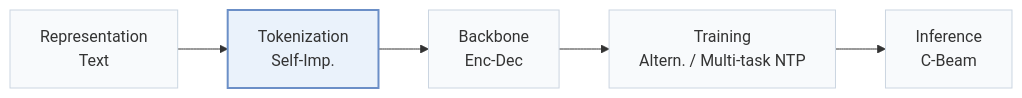
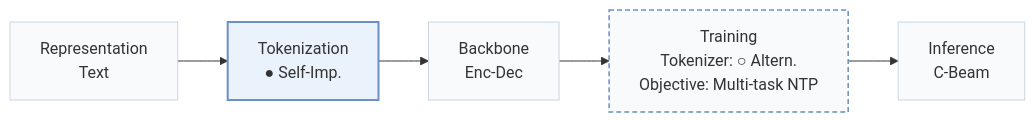
One commit to Galaxy-ghost/Awesome-SID-Generative-Rec changed the first of 2 diagrams in pages/papers/siit.md. Above: the diagram before and after it, drawn with Mermaid. The commit also changed other lines of this file and 558 other files, not shown here.

````diff
--- a/pages/papers/siit.md
+++ b/pages/papers/siit.md
@@ -15,8 +18,10 @@
 ```mermaid
 flowchart LR
-    R["Representation<br/>Text"] --> T["Tokenization<br/>Self-Imp."] --> B["Backbone<br/>Enc-Dec"] --> TR["Training<br/>Altern. / Multi-task NTP"] --> I["Inference<br/>C-Beam"]
+    R["Representation<br/>Text"] --> T["Tokenization<br/>● Self-Imp."] --> B["Backbone<br/>Enc-Dec"] --> TR["Training<br/>Tokenizer: ○ Altern.<br/>Objective: Multi-task NTP"] --> I["Inference<br/>C-Beam"]
     classDef base fill:#f8fafc,stroke:#cbd5e1
     class R,T,B,TR,I base
+    classDef other fill:#f8fafc,stroke:#6b8fc7,stroke-width:1.5px,stroke-dasharray:5 3
+    class TR other
     classDef main fill:#eaf2fb,stroke:#6b8fc7,stroke-width:2px
     class T main
 ```
````
